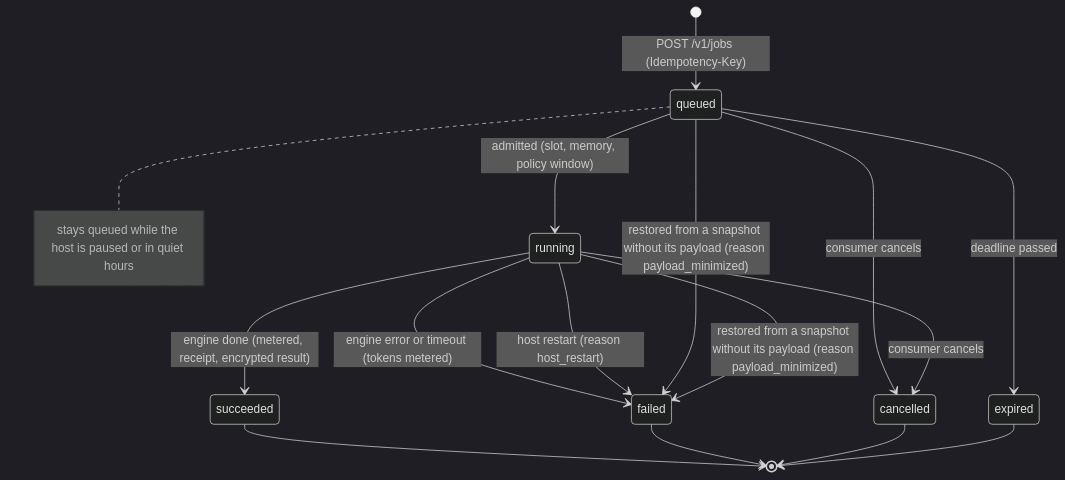
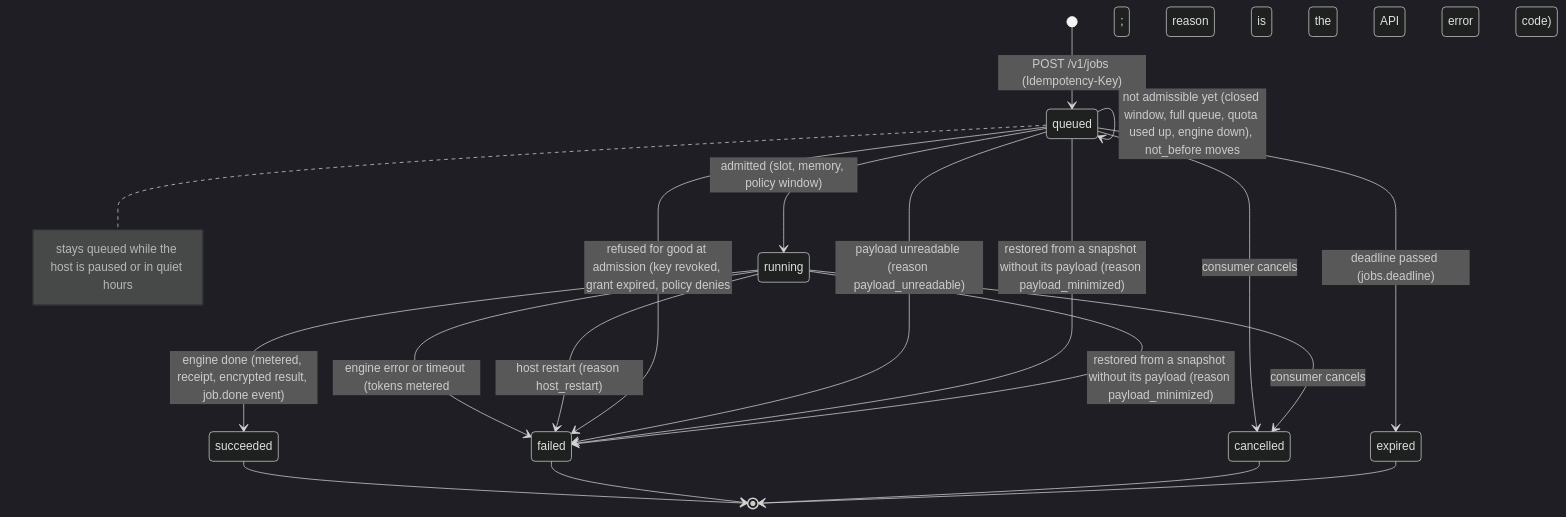
Before and after one commit to inCoderKaka/local-server: the second of 10 diagrams in docs/design_docs/lld.md, drawn with Mermaid (dark theme). The commit also changed other lines of this file, not shown here.

First line of the commit message:
docs(platform): LLD reconciled with the code as built, module map includes webui (req_001 D-63, D-141)

````diff
--- a/docs/design_docs/lld.md
+++ b/docs/design_docs/lld.md
@@ -176,18 +240,21 @@
 ```mermaid
 stateDiagram-v2
   [*] --> queued: POST /v1/jobs (Idempotency-Key)
   queued --> running: admitted (slot, memory, policy window)
-  queued --> expired: deadline passed
+  queued --> queued: not admissible yet (closed window, full queue, quota used up, engine down), not_before moves
+  queued --> expired: deadline passed (jobs.deadline)
   queued --> cancelled: consumer cancels
-  running --> succeeded: engine done (metered, receipt, encrypted result)
-  running --> failed: engine error or timeout (tokens metered)
+  running --> succeeded: engine done (metered, receipt, encrypted result, job.done event)
+  running --> failed: engine error or timeout (tokens metered; reason is the API error code)
   running --> failed: host restart (reason host_restart)
+  queued --> failed: refused for good at admission (key revoked, grant expired, policy denies; reason is the API error code)
+  queued --> failed: payload unreadable (reason payload_unreadable)
   queued --> failed: restored from a snapshot without its payload (reason payload_minimized)
   running --> failed: restored from a snapshot without its payload (reason payload_minimized)
   running --> cancelled: consumer cancels
   succeeded --> [*]
   failed --> [*]
   cancelled --> [*]
   expired --> [*]
   note right of queued: stays queued while the host is paused or in quiet hours
 ```
````
